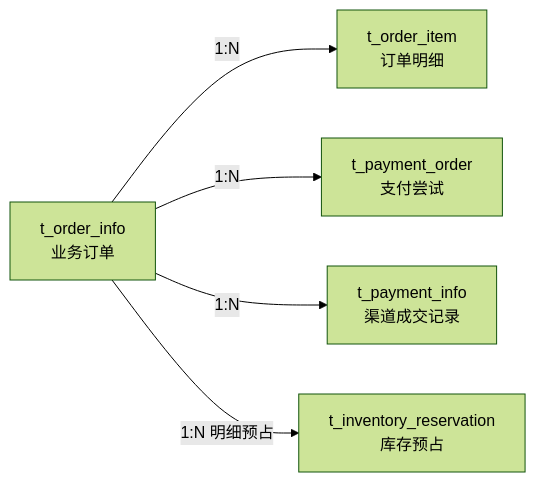
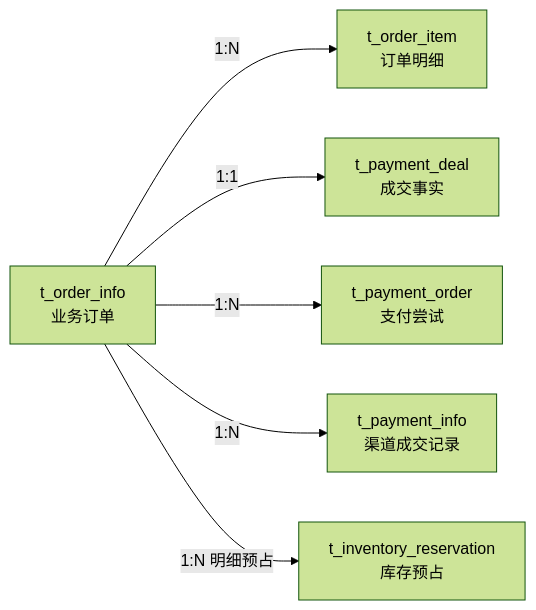
Before and after one commit to cpc-lib/mall: the second of 12 diagrams in CODE_INTRO.md, drawn with Mermaid (forest theme). The commit also changed other lines of this file and 827 other files, not shown here.

````diff
--- a/CODE_INTRO.md
+++ b/CODE_INTRO.md
@@ -182,13 +345,15 @@
 ```mermaid
 flowchart LR
-    O[t_order_info<br/>业务订单]
-    I[t_order_item<br/>订单明细]
-    R[t_inventory_reservation<br/>库存预占]
-    P[t_payment_order<br/>支付尝试]
-    PI[t_payment_info<br/>渠道成交记录]
+    O["t_order_info<br/>业务订单"]
+    I["t_order_item<br/>订单明细"]
+    R["t_inventory_reservation<br/>库存预占"]
+    P["t_payment_order<br/>支付尝试"]
+    D["t_payment_deal<br/>成交事实"]
+    PI["t_payment_info<br/>渠道成交记录"]
 
-    O -->|1:N| I
-    O -->|1:N| P
-    O -->|1:N| PI
-    O -->|1:N 明细预占| R
+    O -->|"1:N"| I
+    O -->|"1:1"| D
+    O -->|"1:N"| P
+    O -->|"1:N"| PI
+    O -->|"1:N 明细预占"| R
 ```
````
